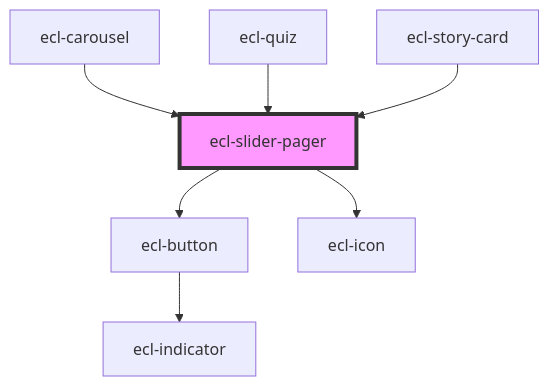
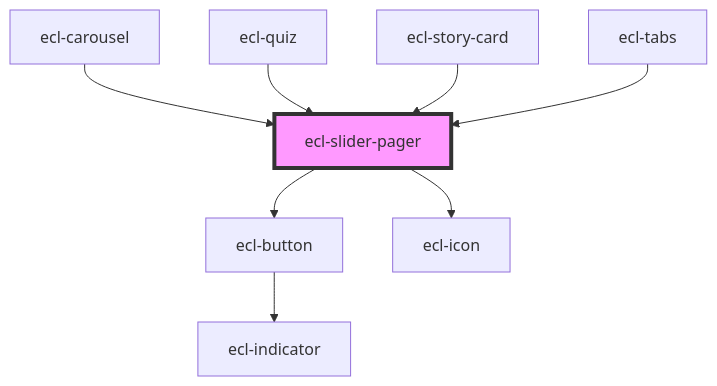
Before and after one commit to ec-europa/ecl-webcomponents: the diagram in src/components/ecl-slider/readme.md, drawn with Mermaid. The commit also changed other lines of this file and 14 other files, not shown here.

````diff
--- a/src/components/ecl-slider/readme.md
+++ b/src/components/ecl-slider/readme.md
@@ -52,10 +53,11 @@
 ```mermaid
 graph TD;
   ecl-slider-pager --> ecl-button
   ecl-slider-pager --> ecl-icon
   ecl-button --> ecl-indicator
   ecl-carousel --> ecl-slider-pager
   ecl-quiz --> ecl-slider-pager
   ecl-story-card --> ecl-slider-pager
+  ecl-tabs --> ecl-slider-pager
   style ecl-slider-pager fill:#f9f,stroke:#333,stroke-width:4px
 ```
````
